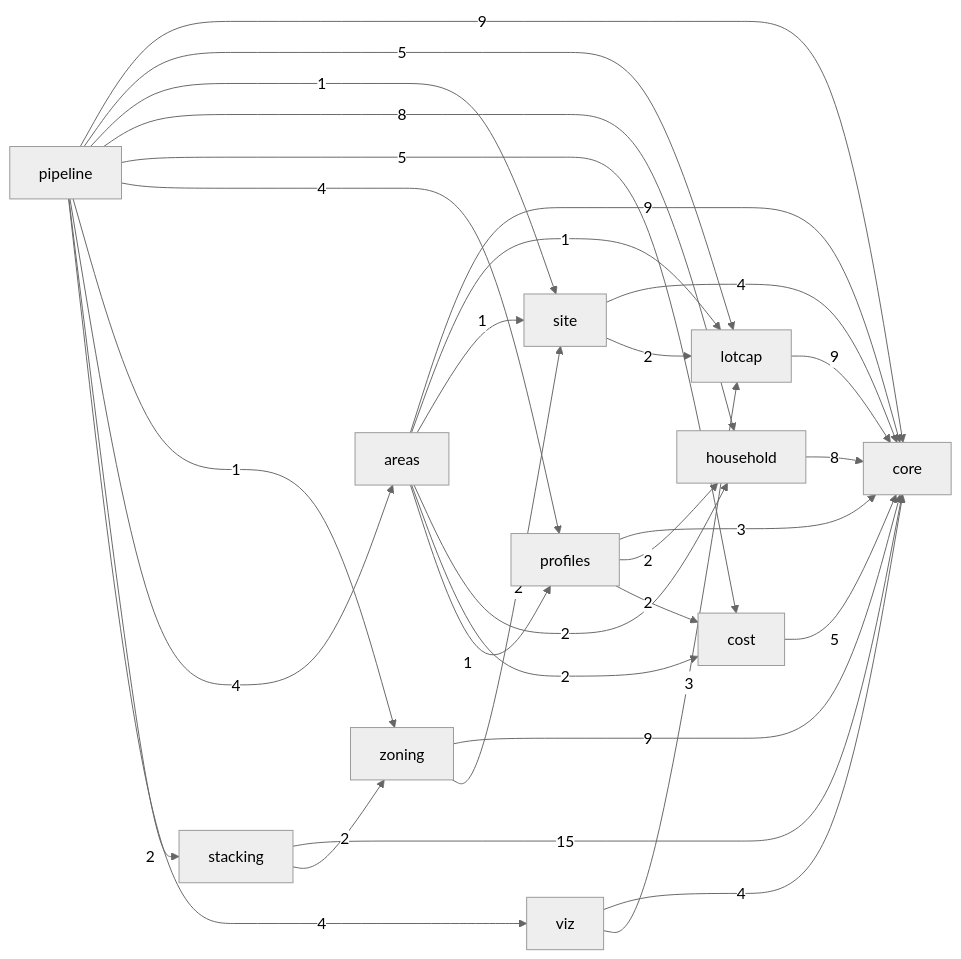
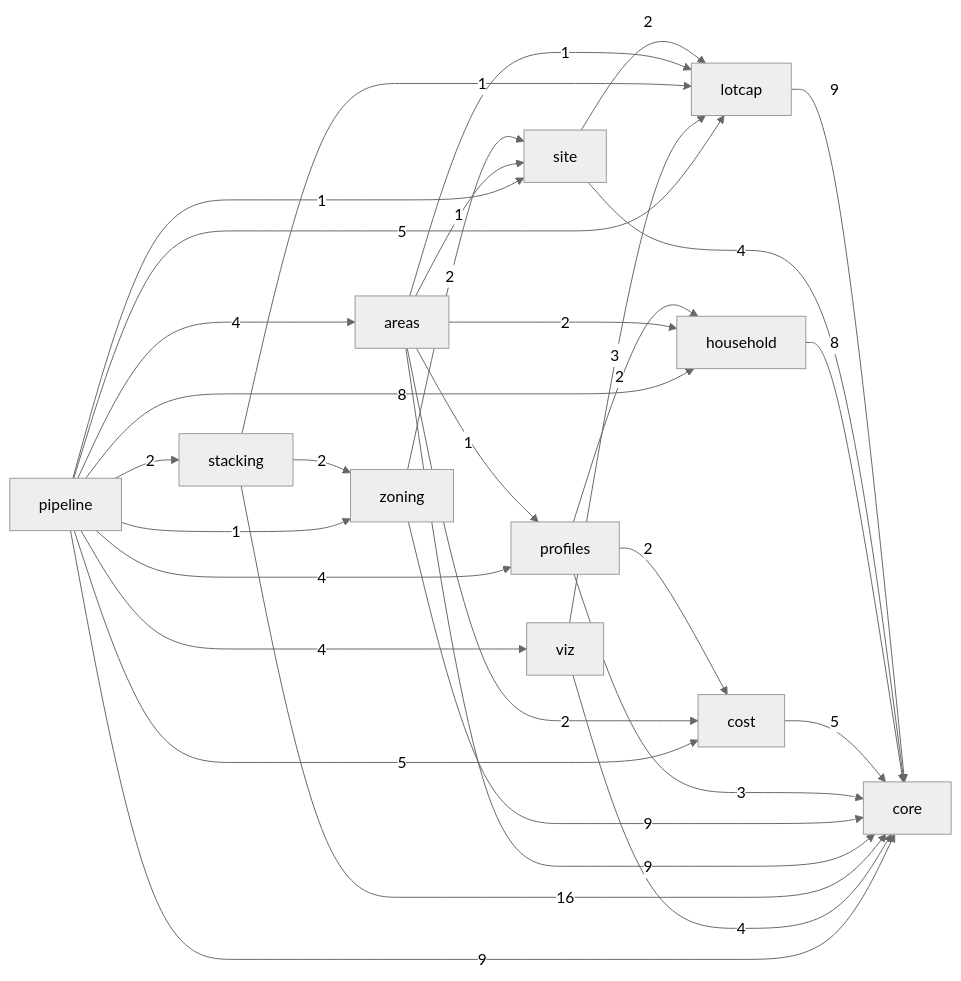
The diagram in spaceplan/docs/architecture/modules.md (Remolino777/rule_forge), drawn with Mermaid (neutral theme) before and after one commit. The commit also changed other lines of this file and 31 other files, not shown here.

````diff
--- a/spaceplan/docs/architecture/modules.md
+++ b/spaceplan/docs/architecture/modules.md
@@ -10,33 +10,34 @@
 ```mermaid
 graph LR
     lotcap -->|9| core
     site -->|4| core
     site -->|2| lotcap
     household -->|8| core
     cost -->|5| core
     profiles -->|3| core
     profiles -->|2| household
     profiles -->|2| cost
     zoning -->|9| core
     zoning -->|2| site
     areas -->|9| core
     areas -->|1| lotcap
     areas -->|1| site
     areas -->|2| household
     areas -->|2| cost
     areas -->|1| profiles
-    stacking -->|15| core
+    stacking -->|16| core
+    stacking -->|1| lotcap
     stacking -->|2| zoning
     viz -->|4| core
     viz -->|3| lotcap
     pipeline -->|9| core
     pipeline -->|5| lotcap
     pipeline -->|1| site
     pipeline -->|8| household
     pipeline -->|5| cost
     pipeline -->|4| profiles
     pipeline -->|1| zoning
     pipeline -->|4| areas
     pipeline -->|2| stacking
     pipeline -->|4| viz
 ```
````
